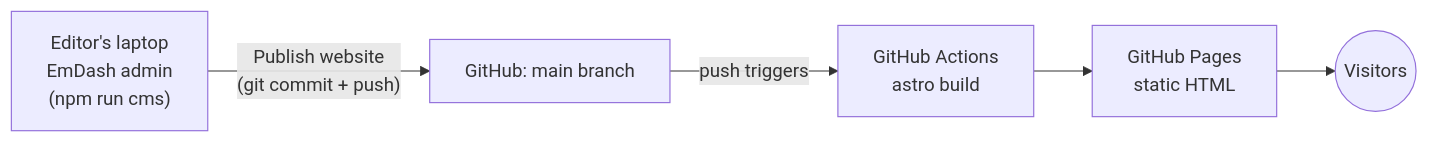
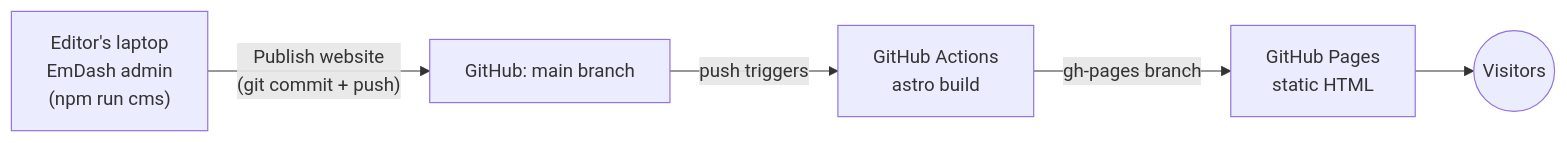
One commit to marcoienibot/rfwebsite changed the diagram in README.md. Above: the diagram before and after it, drawn with Mermaid. The commit also changed other lines of this file and 3 other files, not shown here.

First line of the commit message:
Add pull request previews on GitHub Pages

````diff
--- a/README.md
+++ b/README.md
@@ -15,7 +15,7 @@
 ```mermaid
 flowchart LR
   A["Editor's laptop<br/>EmDash admin<br/>(npm run cms)"] -- "Publish website<br/>(git commit + push)" --> B[GitHub: main branch]
   B -- push triggers --> C[GitHub Actions<br/>astro build]
-  C --> D[GitHub Pages<br/>static HTML]
+  C -- "gh-pages branch" --> D[GitHub Pages<br/>static HTML]
   D --> E((Visitors))
 ```
````
